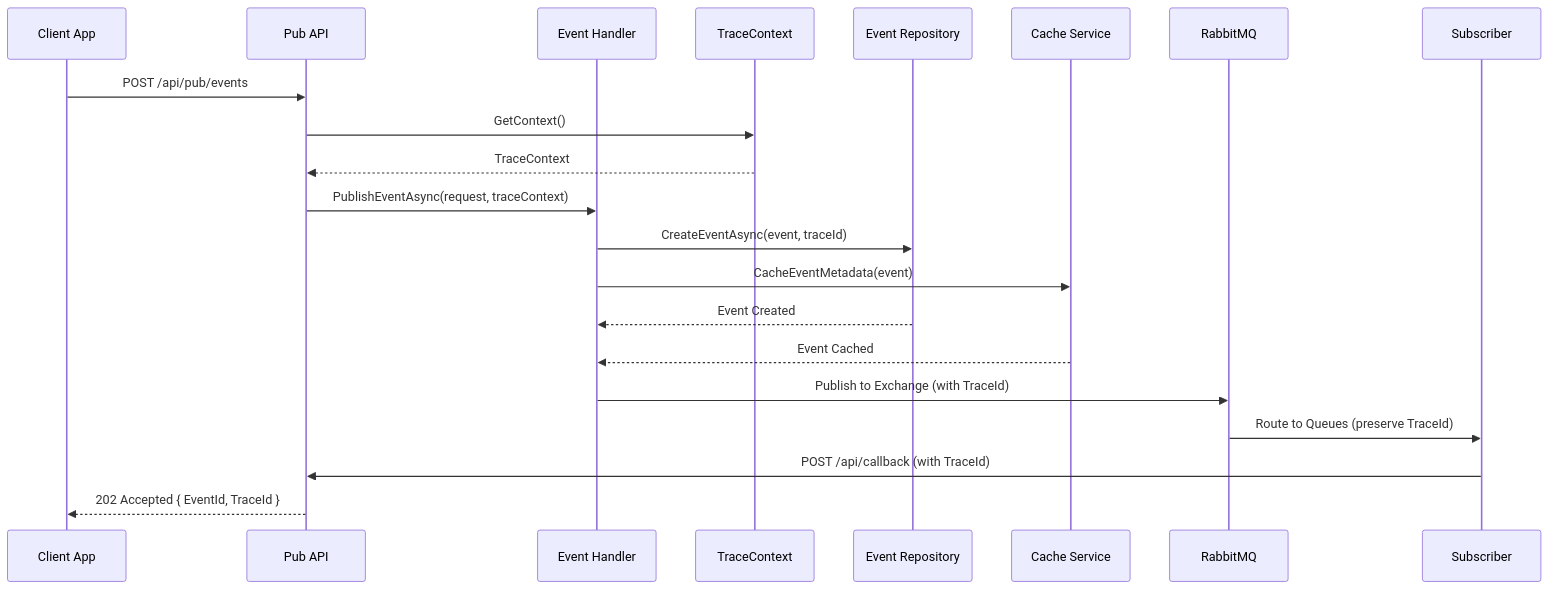
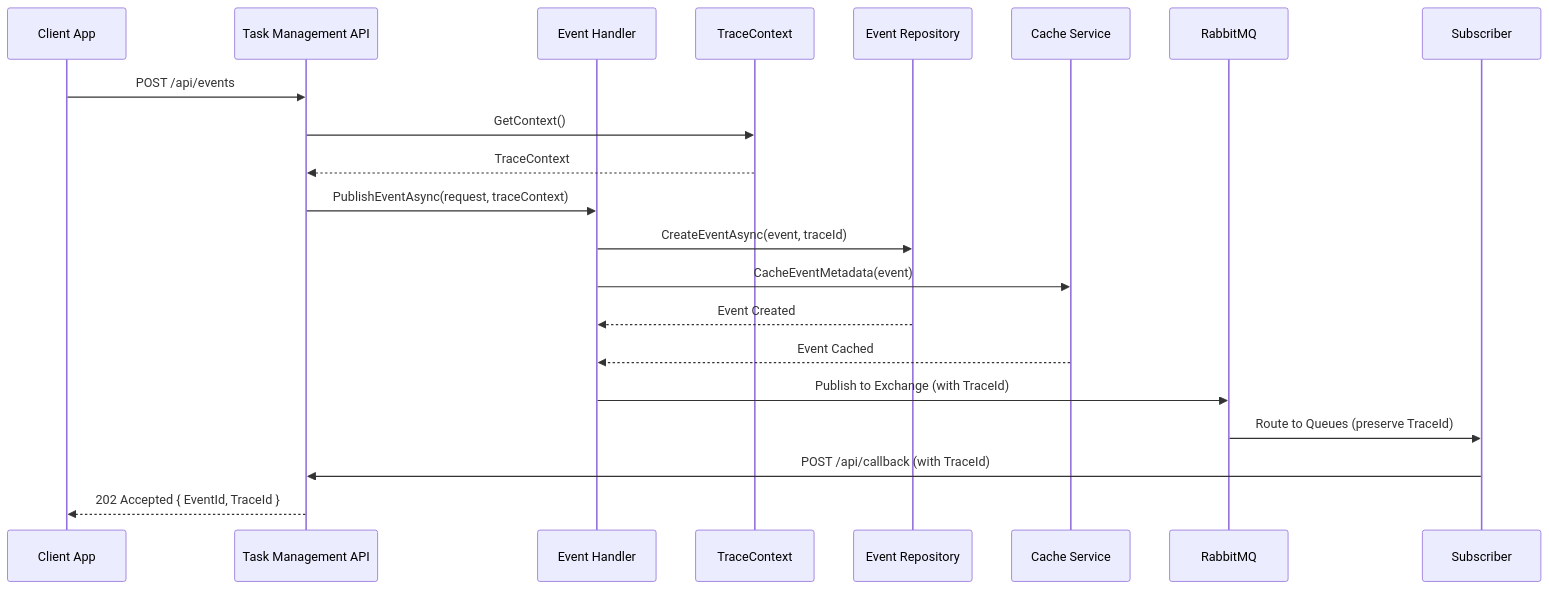
The fourth of 9 diagrams in .specs/design.md (yaochangyu/eventbus-platform), drawn with Mermaid before and after one commit. The commit also changed other lines of this file and 17 other files, not shown here.

First line of the commit message:
refactor(architecture): 重構 Task 處理機制，簡化 API 架構設計

````diff
--- a/.specs/design.md
+++ b/.specs/design.md
@@ -394,24 +394,24 @@
 ```mermaid
 sequenceDiagram
     participant Client as Client App
-    participant API as Pub API
+    participant API as Task Management API
     participant Handler as Event Handler
     participant TraceCtx as TraceContext
     participant Repo as Event Repository
     participant Cache as Cache Service
     participant Dispatcher as RabbitMQ
     participant Sub as Subscriber
 
-    Client->>API: POST /api/pub/events
+    Client->>API: POST /api/events
     API->>TraceCtx: GetContext()
     TraceCtx-->>API: TraceContext
     API->>Handler: PublishEventAsync(request, traceContext)
     Handler->>Repo: CreateEventAsync(event, traceId)
     Handler->>Cache: CacheEventMetadata(event)
     Repo-->>Handler: Event Created
     Cache-->>Handler: Event Cached
     Handler->>Dispatcher: Publish to Exchange (with TraceId)
     Dispatcher->>Sub: Route to Queues (preserve TraceId)
     Sub->>API: POST /api/callback (with TraceId)
     API-->>Client: 202 Accepted { EventId, TraceId }
 ```
````
